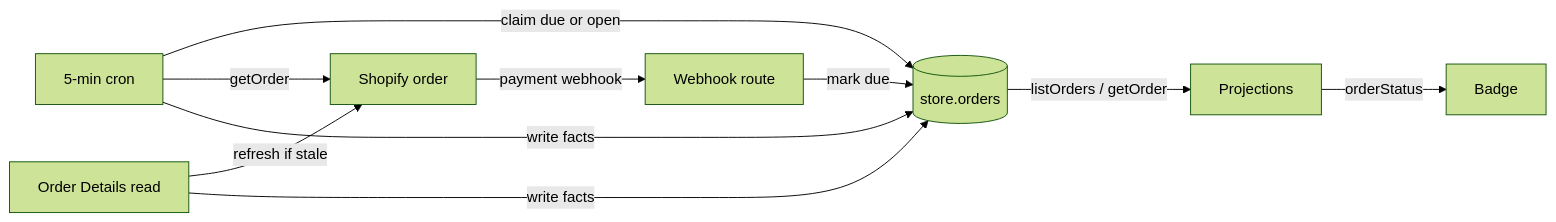
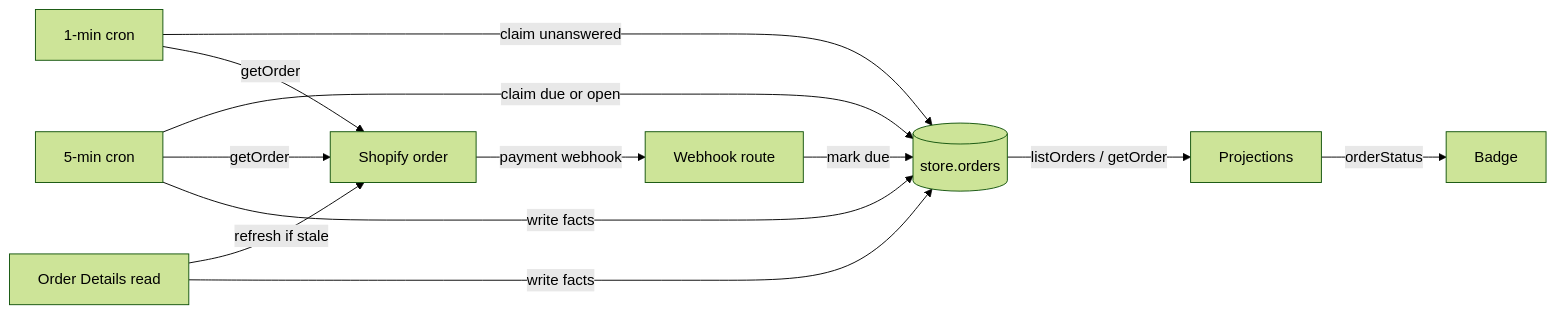
The diagram in openspec/changes/add-store-order-status/tech-design.md (potzchan6969/grade10-spec), drawn with Mermaid (forest theme) before and after one commit. The commit also changed other lines of this file and 9 other files, not shown here.

````diff
--- a/openspec/changes/add-store-order-status/tech-design.md
+++ b/openspec/changes/add-store-order-status/tech-design.md
@@ -238,12 +267,14 @@
 ```mermaid
 flowchart LR
   S[Shopify order] -- payment webhook --> W[Webhook route]
   W -- mark due --> R[(store.orders)]
+  M[1-min cron] -- claim unanswered --> R
+  M -- getOrder --> S
   C[5-min cron] -- claim due or open --> R
   C -- getOrder --> S
   D[Order Details read] -- refresh if stale --> S
   C -- write facts --> R
   D -- write facts --> R
   R -- listOrders / getOrder --> P[Projections]
   P -- orderStatus --> B[Badge]
 ```
````
